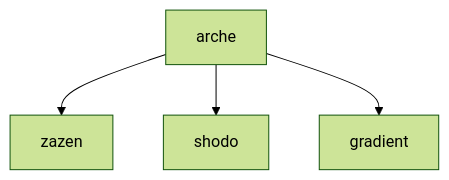
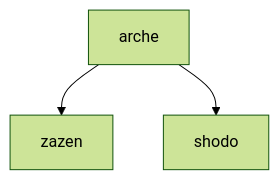
Before and after one commit to daviguides/arche: the first of 2 diagrams in README.md, drawn with Mermaid (forest theme). The commit also changed other lines of this file, not shown here.

Commit message:
docs: simplify related plugins section

````diff
--- a/README.md
+++ b/README.md
@@ -68,6 +67,5 @@
 ```mermaid
 graph TD
     A[arche] --> B[zazen]
     A --> C[shodo]
-    A --> D[gradient]
 ```
````
